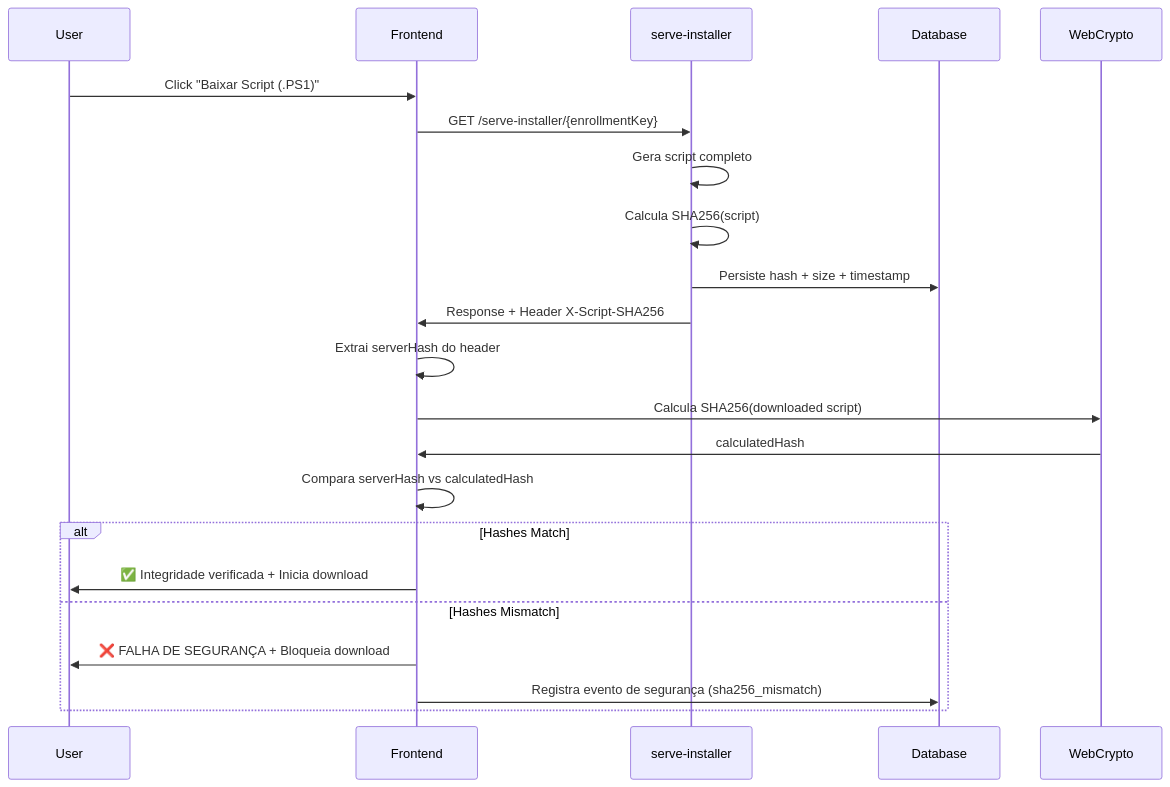
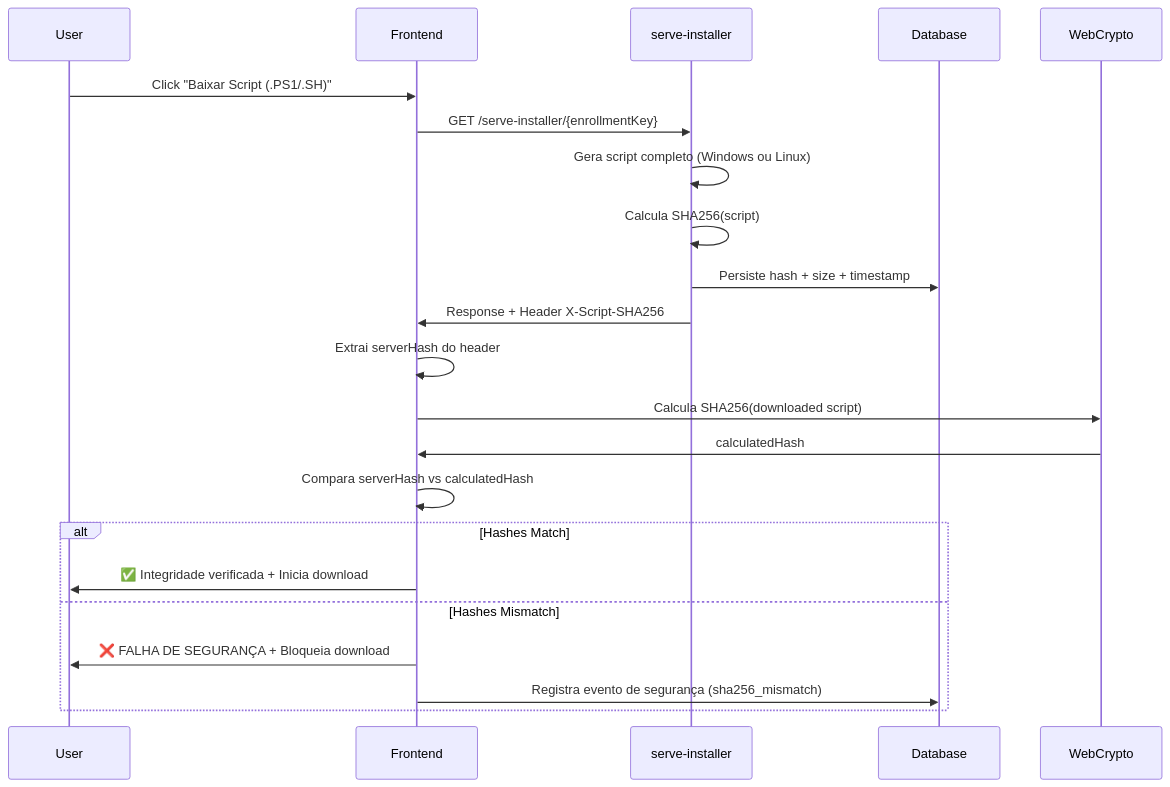
One commit to pedrohalves42/suite-defense-core changed the diagram in docs/SECURITY_VALIDATION.md. Above: the diagram before and after it, drawn with Mermaid. The commit also changed other lines of this file and 3 other files, not shown here.

````diff
--- a/docs/SECURITY_VALIDATION.md
+++ b/docs/SECURITY_VALIDATION.md
@@ -40,25 +40,25 @@
 ```mermaid
 sequenceDiagram
     participant User
     participant Frontend
     participant serve-installer
     participant Database
     participant WebCrypto
 
-    User->>Frontend: Click "Baixar Script (.PS1)"
+    User->>Frontend: Click "Baixar Script (.PS1/.SH)"
     Frontend->>serve-installer: GET /serve-installer/{enrollmentKey}
-    serve-installer->>serve-installer: Gera script completo
+    serve-installer->>serve-installer: Gera script completo (Windows ou Linux)
     serve-installer->>serve-installer: Calcula SHA256(script)
     serve-installer->>Database: Persiste hash + size + timestamp
     serve-installer->>Frontend: Response + Header X-Script-SHA256
     Frontend->>Frontend: Extrai serverHash do header
     Frontend->>WebCrypto: Calcula SHA256(downloaded script)
     WebCrypto->>Frontend: calculatedHash
     Frontend->>Frontend: Compara serverHash vs calculatedHash
     alt Hashes Match
         Frontend->>User: ✅ Integridade verificada + Inicia download
     else Hashes Mismatch
         Frontend->>User: ❌ FALHA DE SEGURANÇA + Bloqueia download
         Frontend->>Database: Registra evento de segurança (sha256_mismatch)
     end
 ```
````
